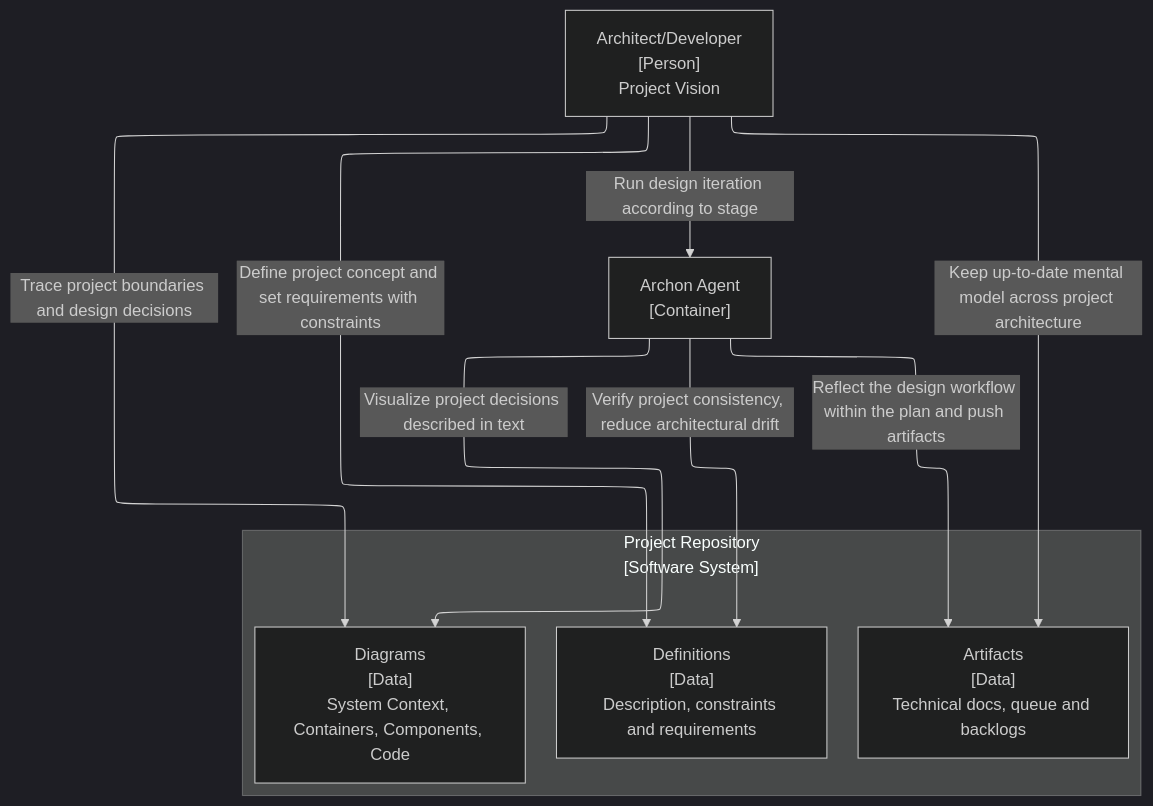
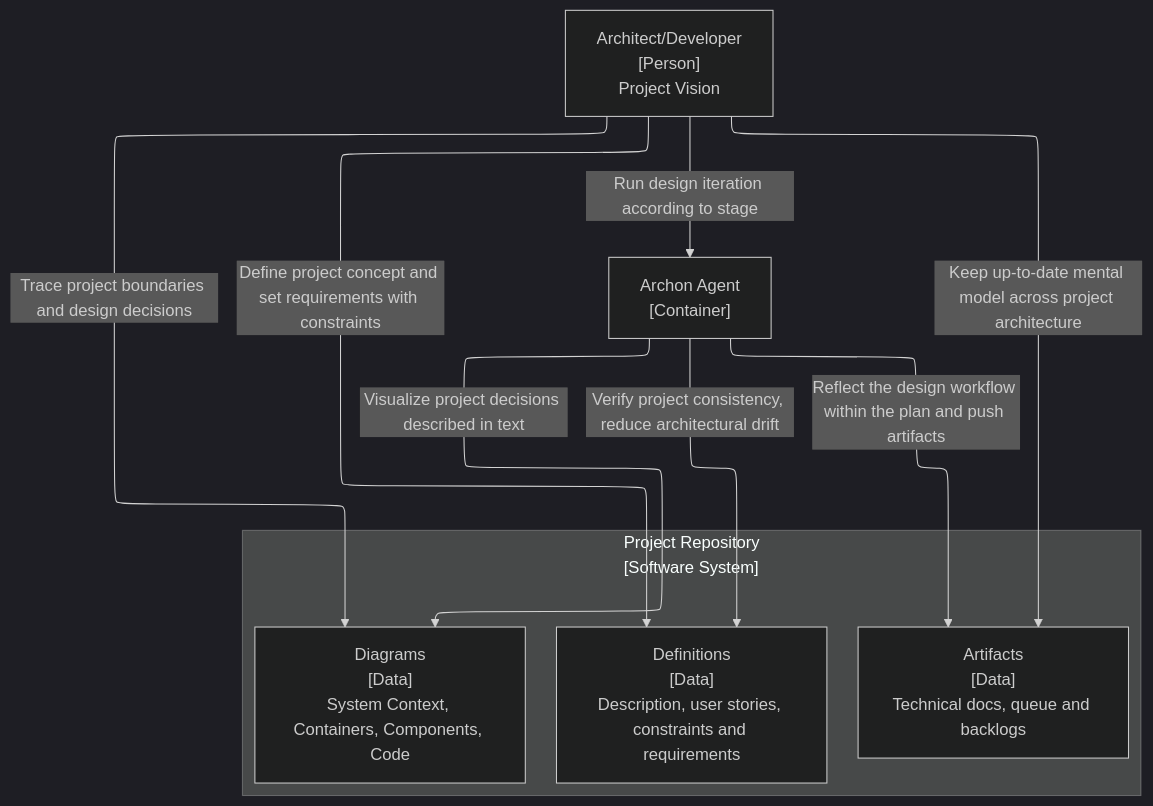
The diagram in docs/diagrams/context/cntx.mermaid (kompotkot/archon), drawn with Mermaid before and after one commit. The commit also changed 1 other file, not shown here.

Commit message:
User stories for Expert Agent

```diff
--- a/docs/diagrams/context/cntx.mermaid
+++ b/docs/diagrams/context/cntx.mermaid
@@ -1,18 +1,18 @@
 ---
 config:
   theme: dark
   layout: elk
 ---
 flowchart TB
  subgraph repo["Project Repository<br>[Software System]"]
-        definitions["Definitions<br>[Data]<br>Description, constraints and requirements"]
+        definitions["Definitions<br>[Data]<br>Description, user stories, constraints and requirements"]
         artifacts["Artifacts<br>[Data]<br>Technical docs, queue and backlogs"]
         diagrams["Diagrams<br>[Data]<br>System Context, Containers, Components, Code"]
   end
     archon_agent["Archon Agent<br>[Container]"] -- Visualize project decisions described in text --> diagrams
     archon_agent -- Verify project consistency, reduce architectural drift --> definitions
     archon_agent -- Reflect the design workflow within the plan and push artifacts --> artifacts
     architect["Architect/Developer<br>[Person]<br>Project Vision"] -- Run design iteration according to stage --> archon_agent
     architect -- Define project concept and set requirements with constraints --> definitions
     architect -- "Keep up-to-date mental model across project architecture" --> artifacts
     architect -- Trace project boundaries and design decisions --> diagrams
```
